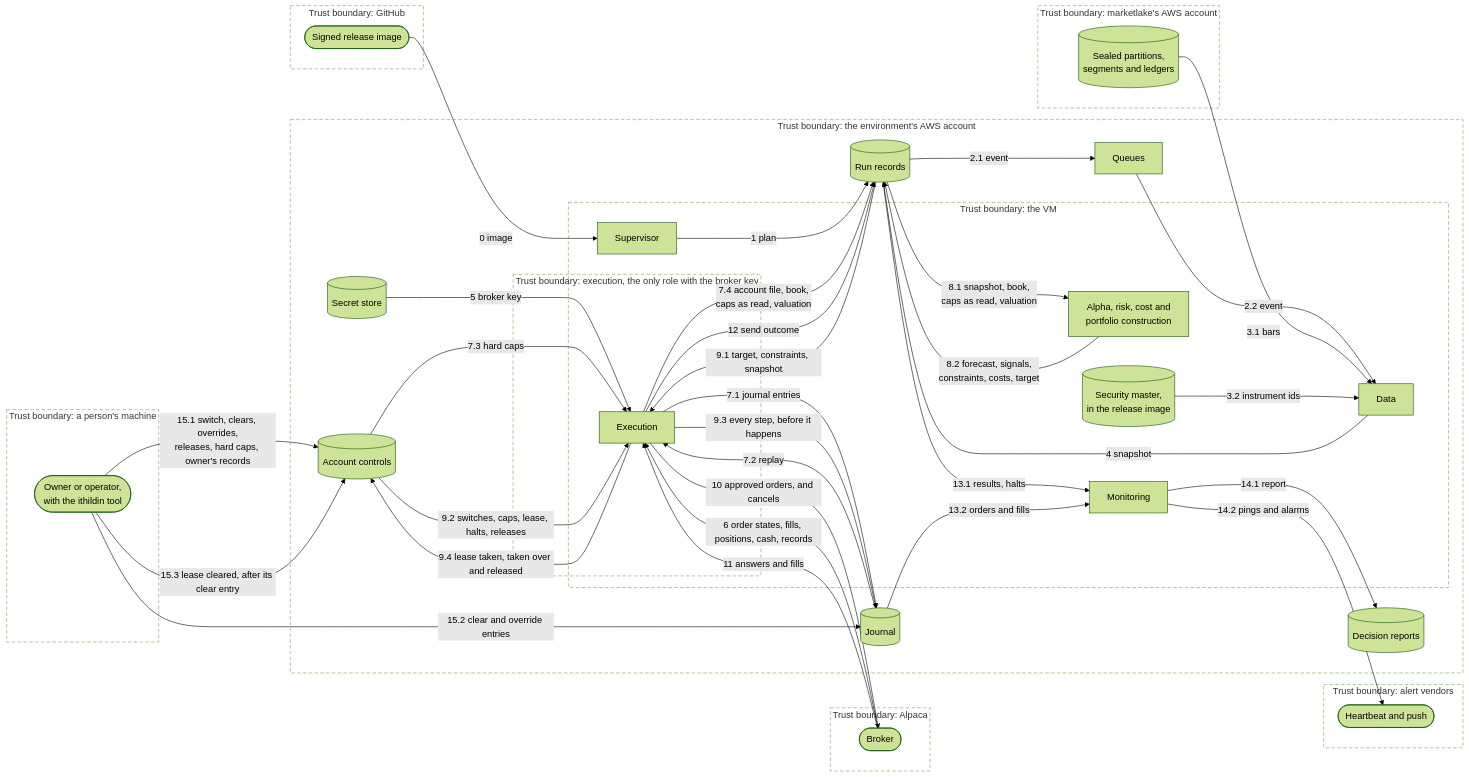
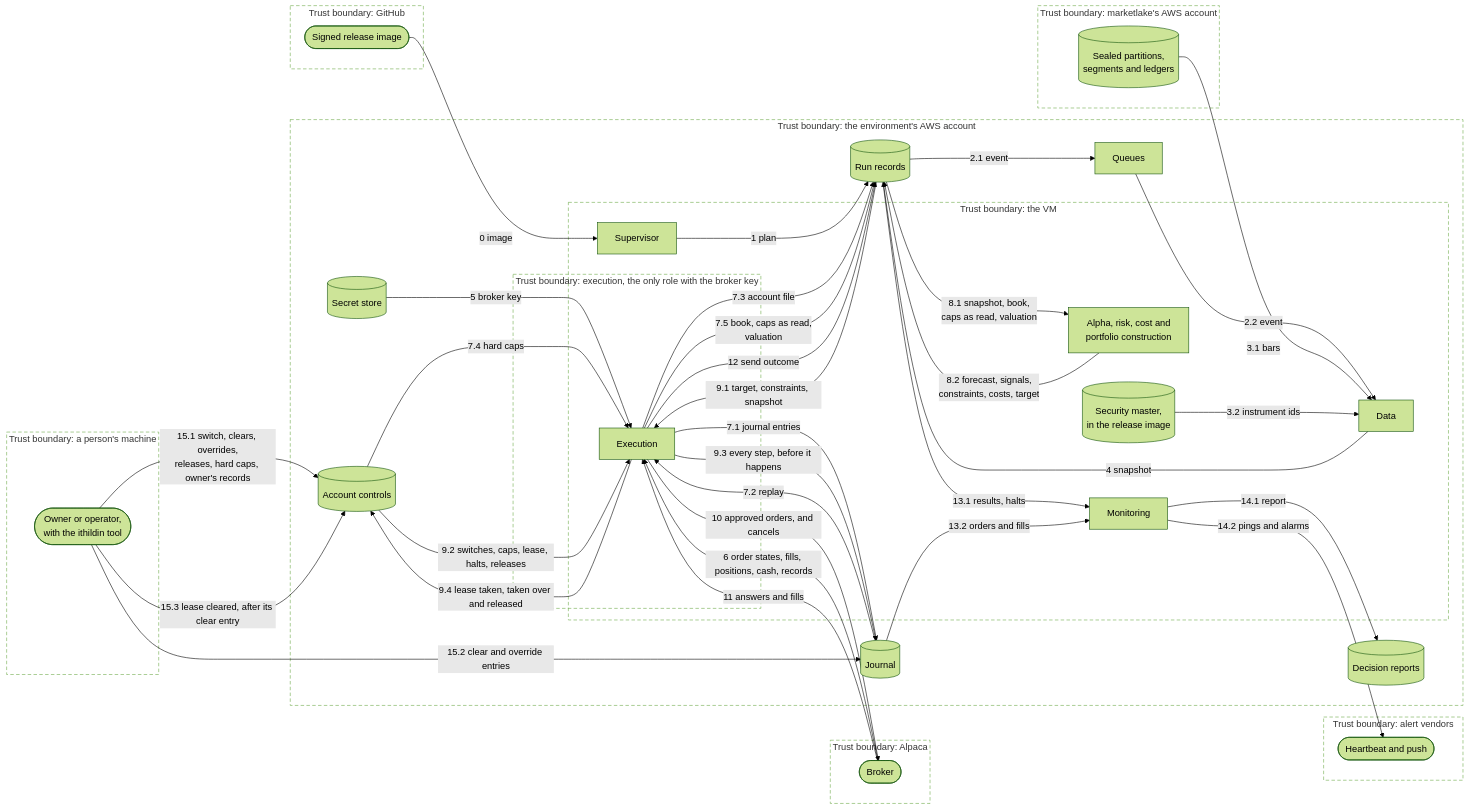
The second of 18 diagrams in docs/architecture/06-runtime.md (l3a0/ithildin-runtime), drawn with Mermaid (forest theme) before and after one commit. The commit also changed other lines of this file and 6 other files, not shown here.

````diff
--- a/docs/architecture/06-runtime.md
+++ b/docs/architecture/06-runtime.md
@@ -106,69 +106,70 @@
 ```mermaid
 flowchart LR
     subgraph tb_person["Trust boundary: a person's machine"]
         person(["Owner or operator,<br/>with the ithildin tool"])
     end
     subgraph tb_github["Trust boundary: GitHub"]
         registry(["Signed release image"])
     end
     subgraph tb_marketlake["Trust boundary: marketlake's AWS account"]
         lake[("Sealed partitions,<br/>segments and ledgers")]
     end
     subgraph tb_broker["Trust boundary: Alpaca"]
         brokerx(["Broker"])
     end
     subgraph tb_alert["Trust boundary: alert vendors"]
         alert(["Heartbeat and push"])
     end
     subgraph tb_account["Trust boundary: the environment's AWS account"]
         subgraph tb_vm["Trust boundary: the VM"]
             sup["Supervisor"]
             data["Data"]
             models["Alpha, risk, cost and<br/>portfolio construction"]
             mon["Monitoring"]
             d2[("Security master,<br/>in the release image")]
             subgraph tb_exec["Trust boundary: execution, the only role with the broker key"]
                 exec["Execution"]
             end
         end
         queue["Queues"]
         secret[("Secret store")]
         d1[("Run records")]
         d3[("Journal")]
         d4[("Decision reports")]
         d5[("Account controls")]
     end
 
     registry -->|"0 image"| sup
     sup -->|"1 plan"| d1
     d1 -->|"2.1 event"| queue
     queue -->|"2.2 event"| data
     lake -->|"3.1 bars"| data
     d2 -->|"3.2 instrument ids"| data
     data -->|"4 snapshot"| d1
     secret -->|"5 broker key"| exec
     brokerx -->|"6 order states, fills, positions, cash, records"| exec
     exec -->|"7.1 journal entries"| d3
     d3 -->|"7.2 replay"| exec
-    d5 -->|"7.3 hard caps"| exec
-    exec -->|"7.4 account file, book,<br/>caps as read, valuation"| d1
+    exec -->|"7.3 account file"| d1
+    d5 -->|"7.4 hard caps"| exec
+    exec -->|"7.5 book, caps as read,<br/>valuation"| d1
     d1 -->|"8.1 snapshot, book,<br/>caps as read, valuation"| models
     models -->|"8.2 forecast, signals,<br/>constraints, costs, target"| d1
     d1 -->|"9.1 target, constraints, snapshot"| exec
     d5 -->|"9.2 switches, caps, lease, halts, releases"| exec
     exec -->|"9.3 every step, before it happens"| d3
     exec -->|"9.4 lease taken, taken over and released"| d5
     exec -->|"10 approved orders, and cancels"| brokerx
     brokerx -->|"11 answers and fills"| exec
     exec -->|"12 send outcome"| d1
     d1 -->|"13.1 results, halts"| mon
     d3 -->|"13.2 orders and fills"| mon
     mon -->|"14.1 report"| d4
     mon -->|"14.2 pings and alarms"| alert
     person -->|"15.1 switch, clears, overrides,<br/>releases, hard caps, owner's records"| d5
     person -->|"15.2 clear and override entries"| d3
     person -->|"15.3 lease cleared, after its clear entry"| d5
 
     classDef boundary fill:none,stroke-dasharray:6 4
     class tb_person,tb_github,tb_marketlake,tb_broker,tb_alert,tb_account,tb_vm,tb_exec boundary
 ```
````
